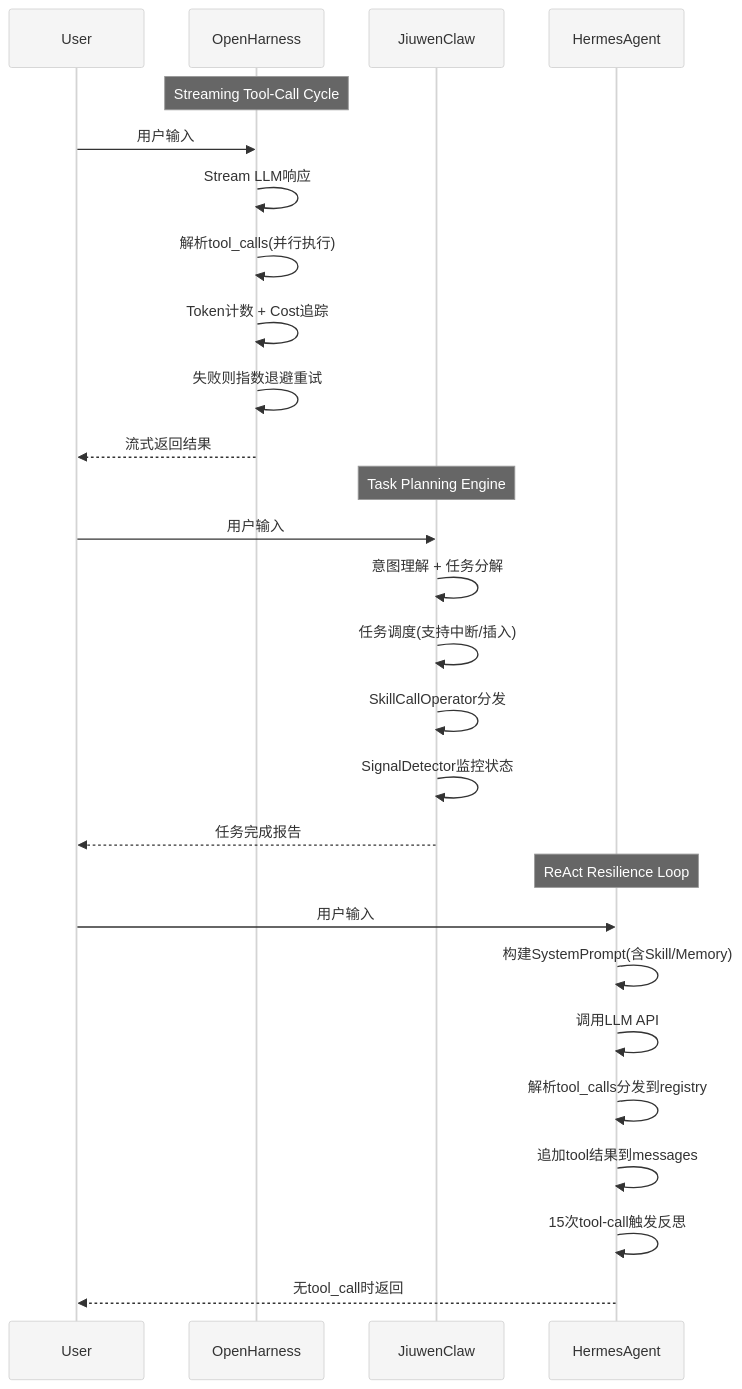
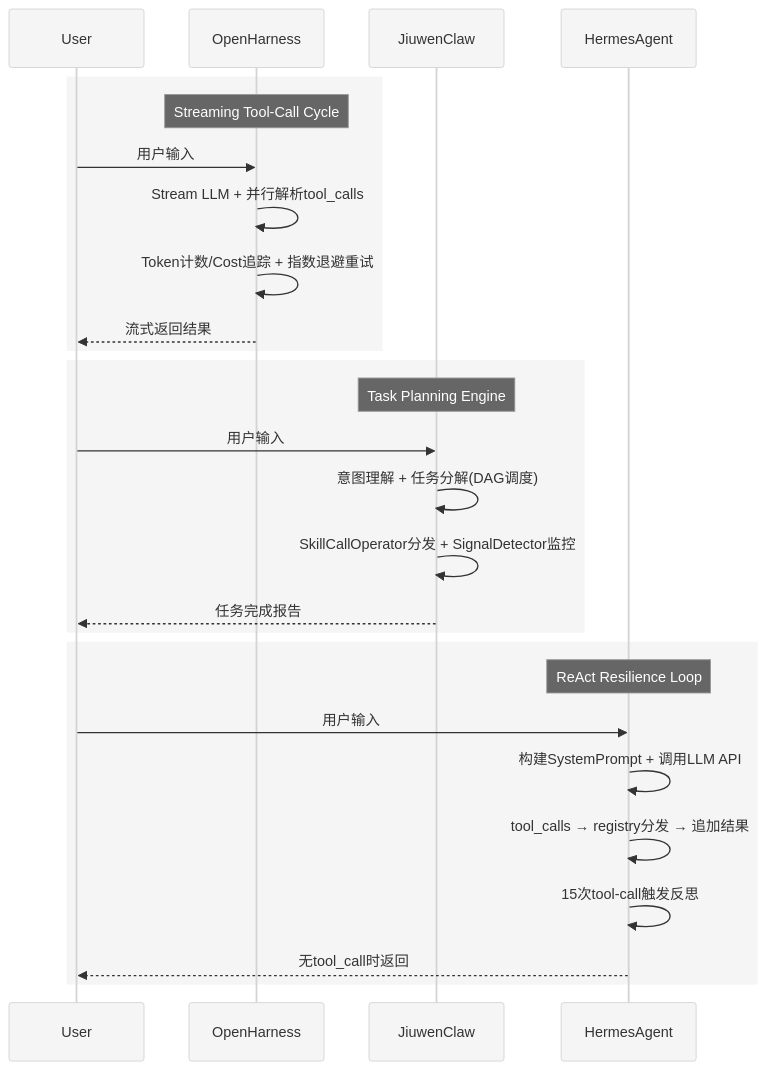
Before and after one commit to xiaonancs/hermes-agent-study: the second of 4 diagrams in Part III 同源项目对比分析/28-OpenHarness与JiuwenClaw对比.md, drawn with Mermaid. The commit also changed other lines of this file and 32 other files, not shown here.

First line of the commit message:
Mermaid 图表修复：白色背景板 + 长宽比优化

````diff
--- a/Part III 同源项目对比分析/28-OpenHarness与JiuwenClaw对比.md
+++ b/Part III 同源项目对比分析/28-OpenHarness与JiuwenClaw对比.md
@@ -104,33 +104,33 @@
 ```mermaid
 %%{init: {'theme': 'neutral', 'themeVariables': {'background': '#ffffff', 'primaryColor': '#f5f5f5', 'primaryTextColor': '#000000', 'primaryBorderColor': '#333333', 'lineColor': '#444444', 'textColor': '#000000', 'mainBkg': '#f5f5f5', 'nodeBorder': '#333333', 'clusterBkg': '#fafafa', 'clusterBorder': '#888888', 'edgeLabelBackground': '#ffffff'}}}%%
 sequenceDiagram
     participant User as User
     participant OH as OpenHarness
     participant JC as JiuwenClaw
     participant HA as HermesAgent
 
+    rect rgb(245, 245, 245)
     Note over OH: Streaming Tool-Call Cycle
     User->>OH: 用户输入
-    OH->>OH: Stream LLM响应
-    OH->>OH: 解析tool_calls(并行执行)
-    OH->>OH: Token计数 + Cost追踪
-    OH->>OH: 失败则指数退避重试
+    OH->>OH: Stream LLM + 并行解析tool_calls
+    OH->>OH: Token计数/Cost追踪 + 指数退避重试
     OH-->>User: 流式返回结果
+    end
 
+    rect rgb(245, 245, 245)
     Note over JC: Task Planning Engine
     User->>JC: 用户输入
-    JC->>JC: 意图理解 + 任务分解
-    JC->>JC: 任务调度(支持中断/插入)
-    JC->>JC: SkillCallOperator分发
-    JC->>JC: SignalDetector监控状态
+    JC->>JC: 意图理解 + 任务分解(DAG调度)
+    JC->>JC: SkillCallOperator分发 + SignalDetector监控
     JC-->>User: 任务完成报告
+    end
 
+    rect rgb(245, 245, 245)
     Note over HA: ReAct Resilience Loop
     User->>HA: 用户输入
-    HA->>HA: 构建SystemPrompt(含Skill/Memory)
-    HA->>HA: 调用LLM API
-    HA->>HA: 解析tool_calls分发到registry
-    HA->>HA: 追加tool结果到messages
+    HA->>HA: 构建SystemPrompt + 调用LLM API
+    HA->>HA: tool_calls → registry分发 → 追加结果
     HA->>HA: 15次tool-call触发反思
     HA-->>User: 无tool_call时返回
+    end
 ```
````
